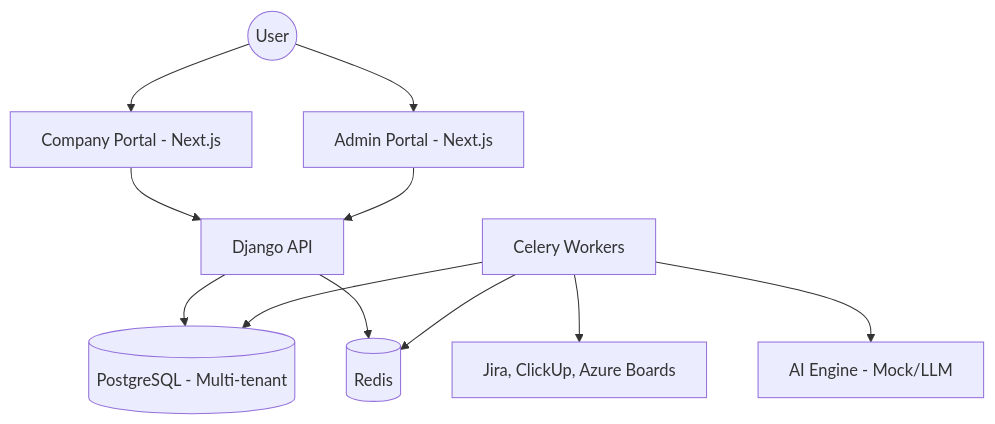
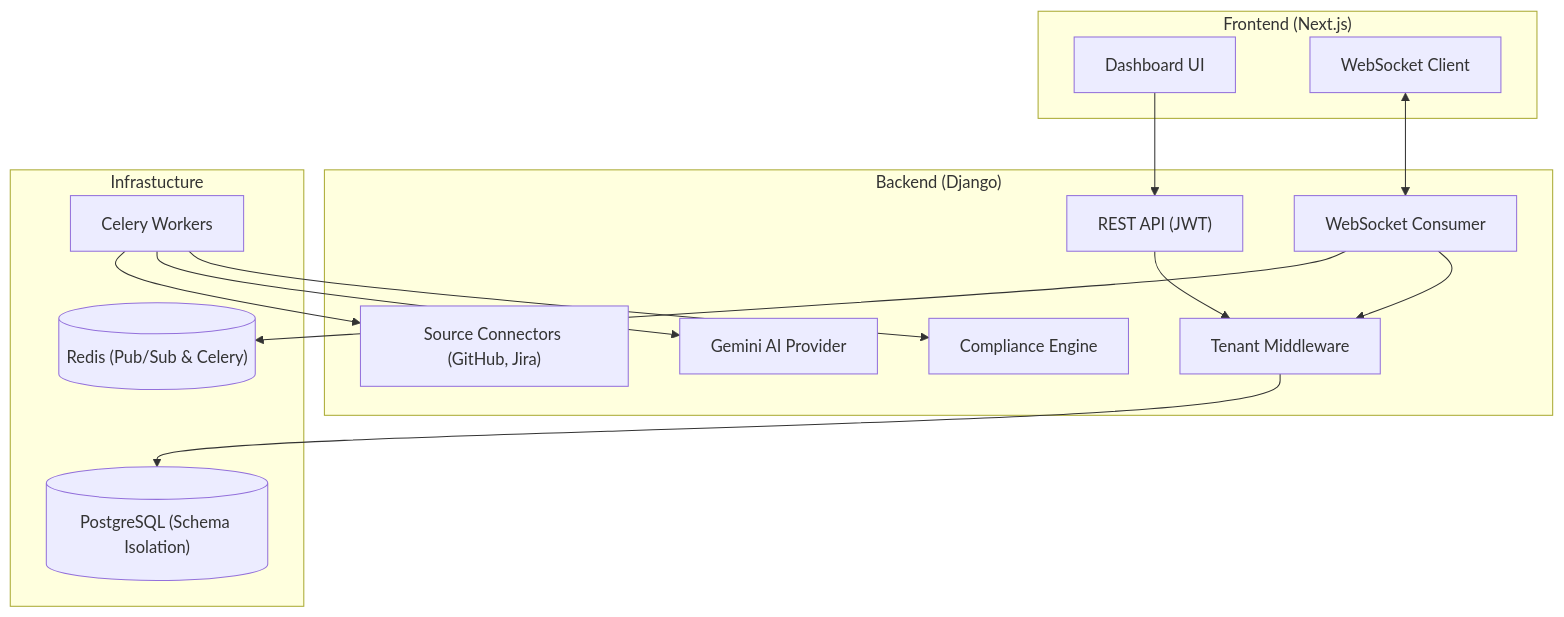
The diagram in .gsd/ARCHITECTURE.md (ekesel/dmt-sldp), drawn with Mermaid before and after one commit. The commit also changed other lines of this file and 1 other file, not shown here.

Commit message:
docs(map): update architecture and stack documentation for v1.1 solidification

````diff
--- a/.gsd/ARCHITECTURE.md
+++ b/.gsd/ARCHITECTURE.md
@@ -9,23 +8,32 @@
 ```mermaid
 graph TD
-    User((User))
-    Portal[Company Portal - Next.js]
-    Admin[Admin Portal - Next.js]
-    API[Django API]
-    DB[(PostgreSQL - Multi-tenant)]
-    Redis[(Redis)]
-    Celery[Celery Workers]
-    AI[AI Engine - Mock/LLM]
-    Sources[Jira, ClickUp, Azure Boards]
+    subgraph "Frontend (Next.js)"
+        UI["Dashboard UI"]
+        WS["WebSocket Client"]
+    end
 
-    User --> Portal
-    User --> Admin
-    Portal --> API
-    Admin --> API
-    API --> DB
-    API --> Redis
-    Celery --> Redis
-    Celery --> DB
-    Celery --> Sources
-    Celery --> AI
+    subgraph "Backend (Django)"
+        API["REST API (JWT)"]
+        TM["Tenant Middleware"]
+        CE["Compliance Engine"]
+        AI["Gemini AI Provider"]
+        CON["Source Connectors (GitHub, Jira)"]
+        WSC["WebSocket Consumer"]
+    end
+
+    subgraph "Infrastucture"
+        DB[("PostgreSQL (Schema Isolation)")]
+        RD[("Redis (Pub/Sub & Celery)")]
+        CEL["Celery Workers"]
+    end
+
+    UI --> API
+    WS <--> WSC
+    API --> TM
+    TM --> DB
+    CEL --> CON
+    CEL --> AI
+    CEL --> CE
+    WSC --> RD
+    WSC --> TM
 ```
````
